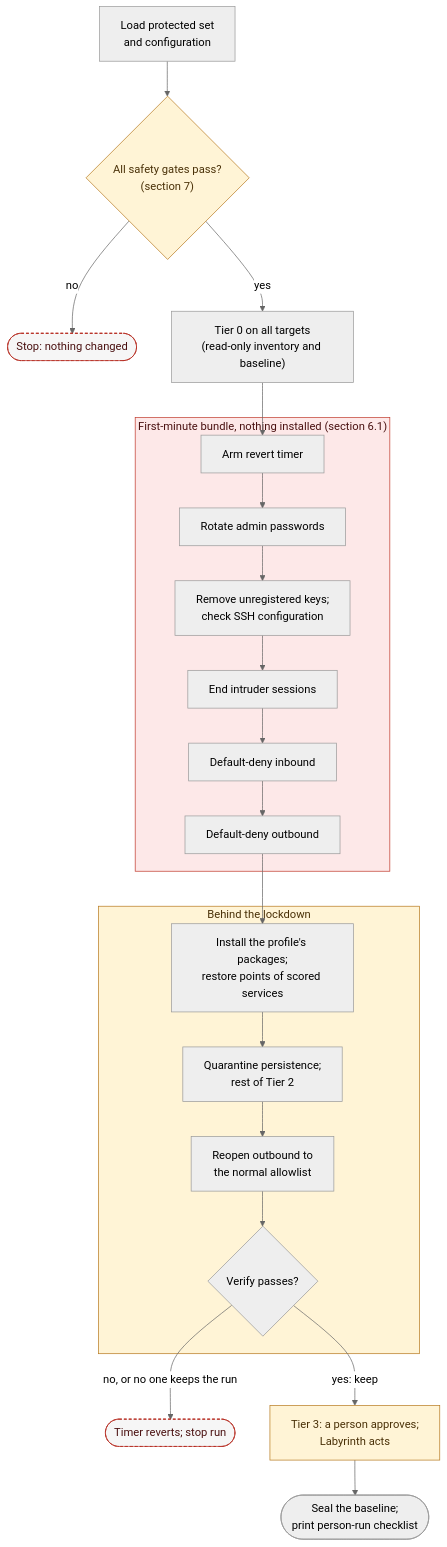
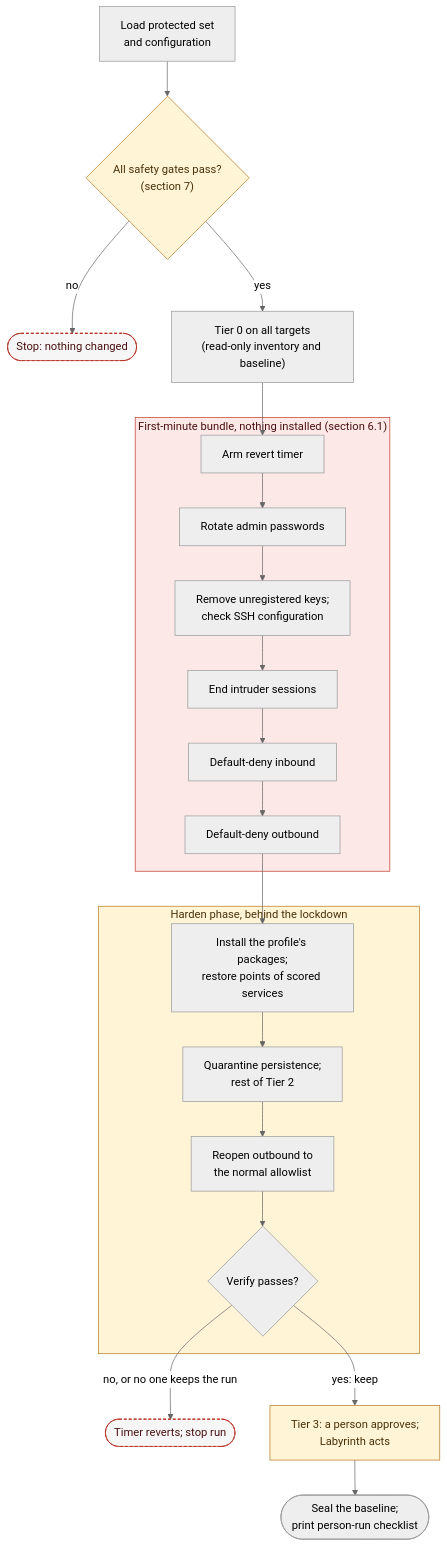
One commit to dotnetdork/Labyrinth changed the second of 2 diagrams in docs/design/01-Lockout-Panic-Button.md. Above: the diagram before and after it, drawn with Mermaid (neutral theme). The commit also changed other lines of this file and 33 other files, not shown here.

````diff
--- a/docs/design/01-Lockout-Panic-Button.md
+++ b/docs/design/01-Lockout-Panic-Button.md
@@ -133,22 +135,22 @@
 ```mermaid
 flowchart TD
     PS["Load protected set<br/>and configuration"] --> GATES{"All safety gates pass?<br/>(section 7)"}
     GATES -->|no| STOP(["Stop: nothing changed"])
     GATES -->|yes| T0["Tier 0 on all targets<br/>(read-only inventory and baseline)"]
     subgraph fm["First-minute bundle, nothing installed (section 6.1)"]
         ARM["Arm revert timer"] --> B1["Rotate admin passwords"] --> B2["Remove unregistered keys;<br/>check SSH configuration"] --> B3["End intruder sessions"] --> B4["Default-deny inbound"] --> B5["Default-deny outbound"]
     end
-    subgraph after["Behind the lockdown"]
+    subgraph after["Harden phase, behind the lockdown"]
         I1["Install the profile's packages;<br/>restore points of scored services"] --> S1["Quarantine persistence;<br/>rest of Tier 2"] --> O1["Reopen outbound to<br/>the normal allowlist"] --> V1{"Verify passes?"}
     end
     T0 --> ARM
     B5 --> I1
     V1 -->|"no, or no one keeps the run"| REV(["Timer reverts; stop run"])
     V1 -->|"yes: keep"| T3["Tier 3: a person approves;<br/>Labyrinth acts"] --> SEAL(["Seal the baseline;<br/>print person-run checklist"])
     classDef human fill:#fff4d6,stroke:#b7791f,color:#4a3108
     classDef stop fill:#f6f6f6,stroke:#b42318,color:#4a1111,stroke-dasharray:4 3
     class GATES,T3 human
     class STOP,REV stop
     style fm fill:#fde8e8,stroke:#c0392b,color:#4a1111
     style after fill:#fff4d6,stroke:#b7791f,color:#4a3108
 ```
````
